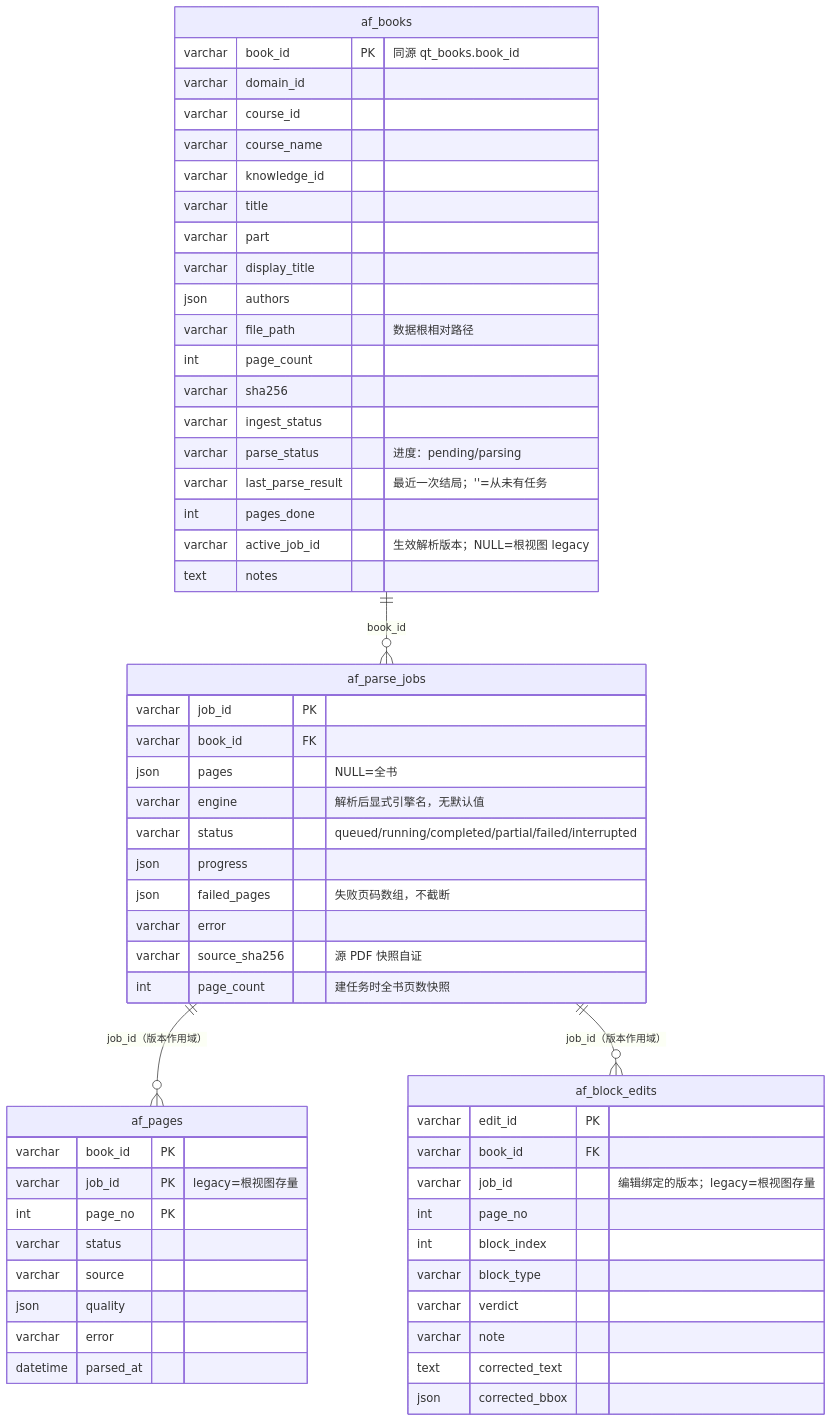
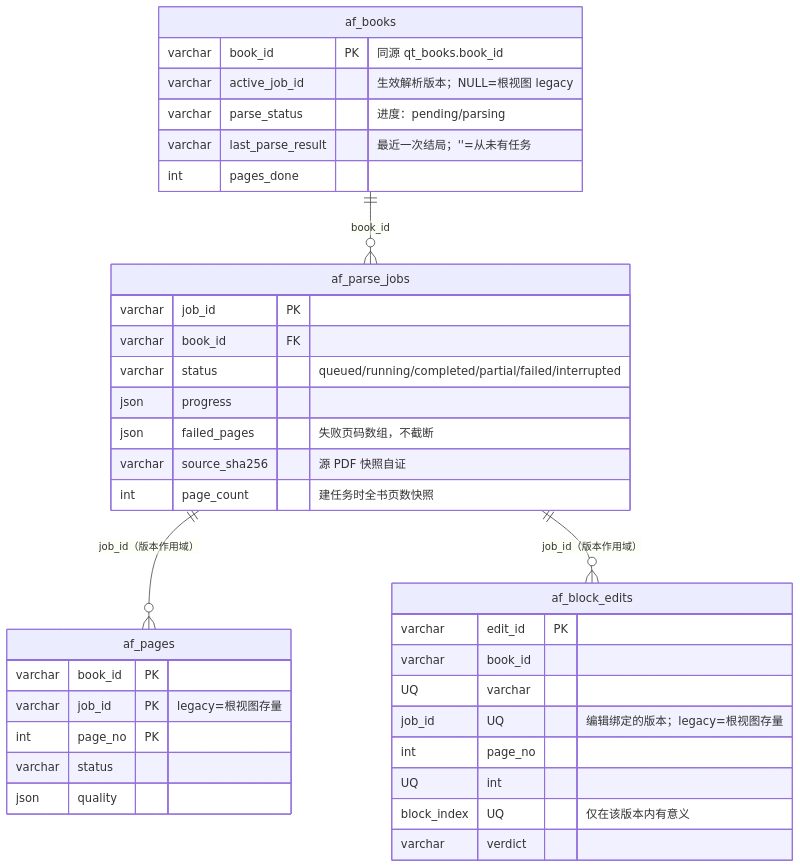
One commit to swfswf1234/Axiom-Flow changed the diagram in docs/architecture/database-design.md. Above: the diagram before and after it, drawn with Mermaid. The commit also changed other lines of this file and 21 other files, not shown here.

````diff
--- a/docs/architecture/database-design.md
+++ b/docs/architecture/database-design.md
@@ -44,60 +49,37 @@
 ```mermaid
 erDiagram
     af_books ||--o{ af_parse_jobs : "book_id"
     af_parse_jobs ||--o{ af_pages : "job_id（版本作用域）"
     af_parse_jobs ||--o{ af_block_edits : "job_id（版本作用域）"
     af_books {
         varchar book_id PK "同源 qt_books.book_id"
-        varchar domain_id
-        varchar course_id
-        varchar course_name
-        varchar knowledge_id
-        varchar title
-        varchar part
-        varchar display_title
-        json authors
-        varchar file_path "数据根相对路径"
-        int page_count
-        varchar sha256
-        varchar ingest_status
+        varchar active_job_id "生效解析版本；NULL=根视图 legacy"
         varchar parse_status "进度：pending/parsing"
         varchar last_parse_result "最近一次结局；''=从未有任务"
         int pages_done
-        varchar active_job_id "生效解析版本；NULL=根视图 legacy"
-        text notes
     }
     af_parse_jobs {
         varchar job_id PK
         varchar book_id FK
-        json pages "NULL=全书"
-        varchar engine "解析后显式引擎名，无默认值"
         varchar status "queued/running/completed/partial/failed/interrupted"
         json progress
         json failed_pages "失败页码数组，不截断"
-        varchar error
         varchar source_sha256 "源 PDF 快照自证"
         int page_count "建任务时全书页数快照"
     }
     af_pages {
         varchar book_id PK
         varchar job_id PK "legacy=根视图存量"
         int page_no PK
         varchar status
-        varchar source
         json quality
-        varchar error
-        datetime parsed_at
     }
     af_block_edits {
         varchar edit_id PK
-        varchar book_id FK
-        varchar job_id "编辑绑定的版本；legacy=根视图存量"
-        int page_no
-        int block_index
-        varchar block_type
+        varchar book_id UQ
+        varchar job_id UQ "编辑绑定的版本；legacy=根视图存量"
+        int page_no UQ
+        int block_index UQ "仅在该版本内有意义"
         varchar verdict
-        varchar note
-        text corrected_text
-        json corrected_bbox
     }
 ```
````
